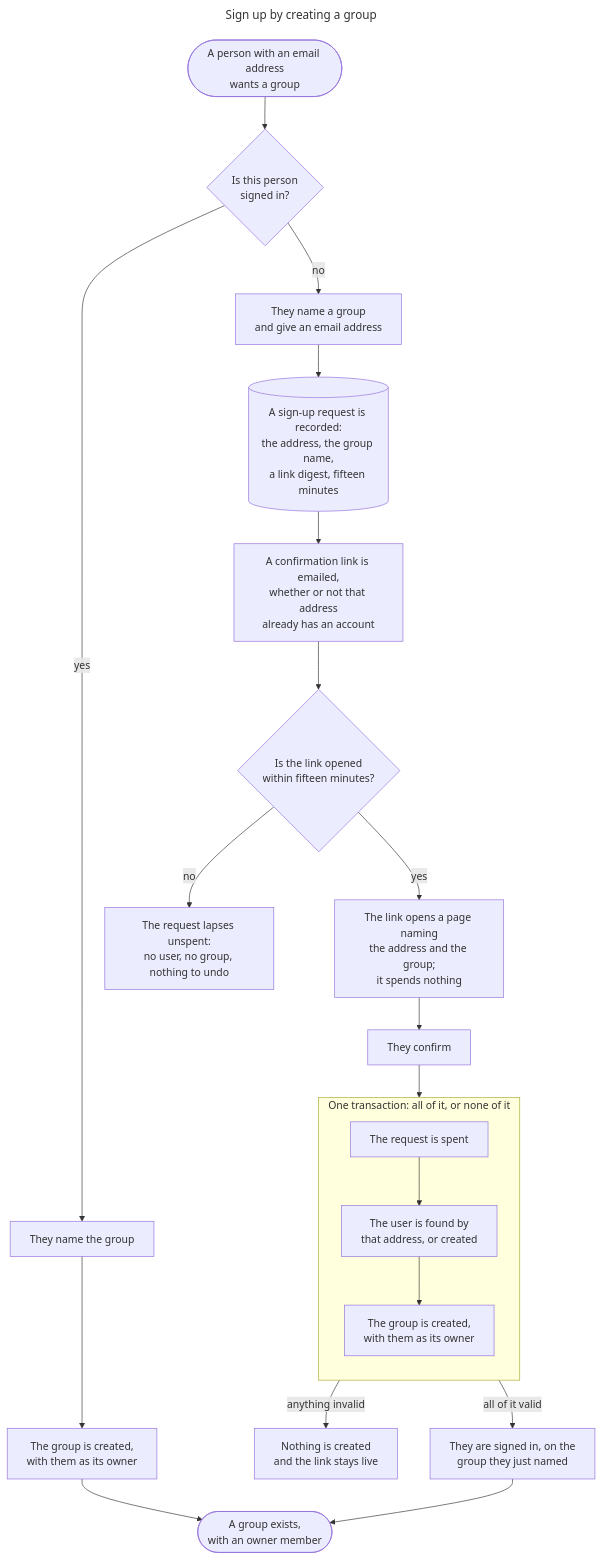
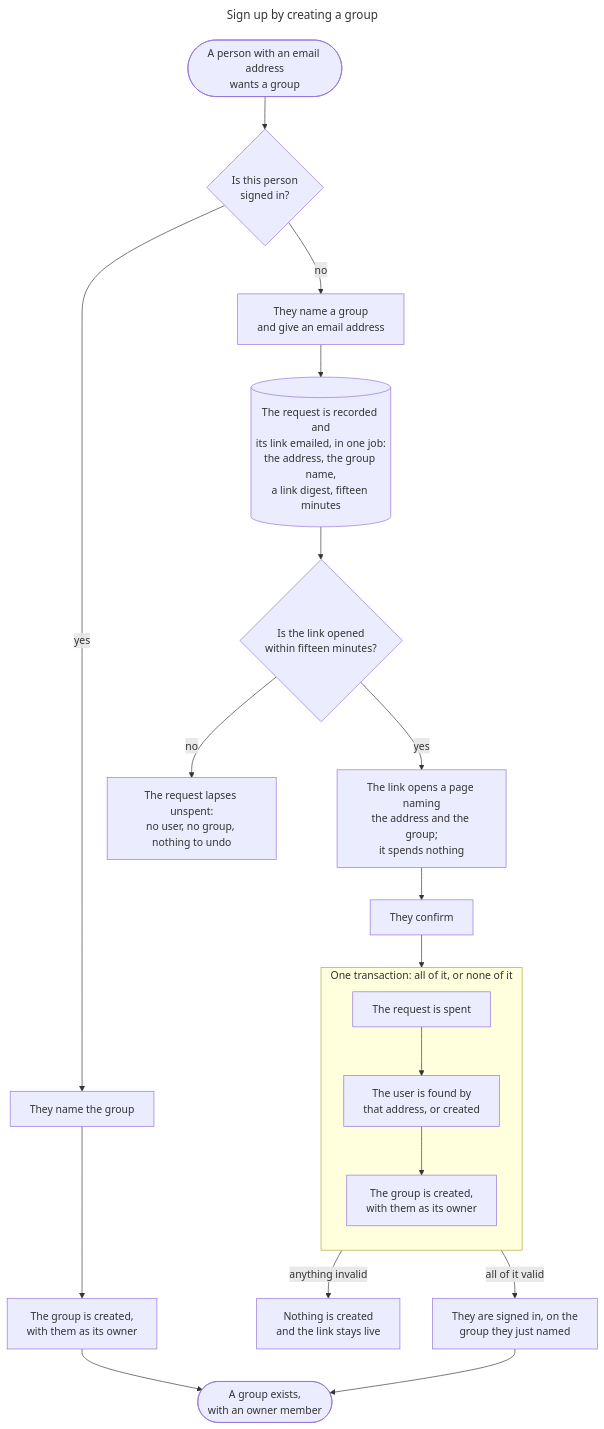
One commit to izkreny/groupifico changed the diagram in docs/plans/2026-09-02_GHI-207_sign-up-by-creating-a-group.md. Above: the diagram before and after it, drawn with Mermaid. The commit also changed other lines of this file, not shown here.

First line of the commit message:
docs: build the sign-up path to the sign-in path's shape (#207)

````diff
--- a/docs/plans/2026-09-02_GHI-207_sign-up-by-creating-a-group.md
+++ b/docs/plans/2026-09-02_GHI-207_sign-up-by-creating-a-group.md
@@ -17,41 +17,43 @@
 ```mermaid
 ---
 title: Sign up by creating a group
 # IMPORTANT!
 # - The fork is whether this person is signed in, which is what proves the address is theirs
 # - `refuse_authenticated` and `require_authentication` enforce it, so neither branch is reachable from the other's situation
 # - Nothing on the signed-out branch is written until the emailed link is confirmed
 ---
 
 flowchart TD
   person(["A person with an email address<br/>wants a group"]) --> signedin{"Is this person<br/>signed in?"}
 
   %% Their session already proves the address is theirs, so this branch defers nothing and mails nothing
   %% It is also the one authorization question either branch asks: `GroupPolicy` `create?`
   signedin -- yes --> names["They name the group"]
   names --> made["The group is created,<br/>with them as its owner"]
   made --> exists(["A group exists,<br/>with an owner member"])
 
   %% Nobody has proven the address, and there is no actor to authorize until the act creates one
   signedin -- no --> asks["They name a group<br/>and give an email address"]
-  asks --> request[("A sign-up request is recorded:<br/>the address, the group name,<br/>a link digest, fifteen minutes")]
-  request --> mailed["A confirmation link is emailed,<br/>whether or not that address<br/>already has an account"]
-  mailed --> opened{"Is the link opened<br/>within fifteen minutes?"}
+
+  %% Recorded and mailed by one job, so the submission itself writes nothing at all
+  %% Every address gets a link, account or not, so a known and an unknown one answer alike
+  asks --> request[("The request is recorded and<br/>its link emailed, in one job:<br/>the address, the group name,<br/>a link digest, fifteen minutes")]
+  request --> opened{"Is the link opened<br/>within fifteen minutes?"}
 
   opened -- no --> lapsed["The request lapses unspent:<br/>no user, no group, nothing to undo"]
 
   %% A mail filter opens the link as often as a person does, so opening it signs nobody in
   opened -- yes --> page["The link opens a page naming<br/>the address and the group;<br/>it spends nothing"]
   page --> confirms["They confirm"]
   confirms --> spent
 
   subgraph txn ["One transaction: all of it, or none of it"]
     direction TB
     spent["The request is spent"] --> user["The user is found by<br/>that address, or created"]
     user --> owned["The group is created,<br/>with them as its owner"]
   end
 
   owned -- "anything invalid" --> rollback["Nothing is created<br/>and the link stays live"]
   owned -- "all of it valid" --> landed["They are signed in, on the<br/>group they just named"]
   landed --> exists
 ```
````
